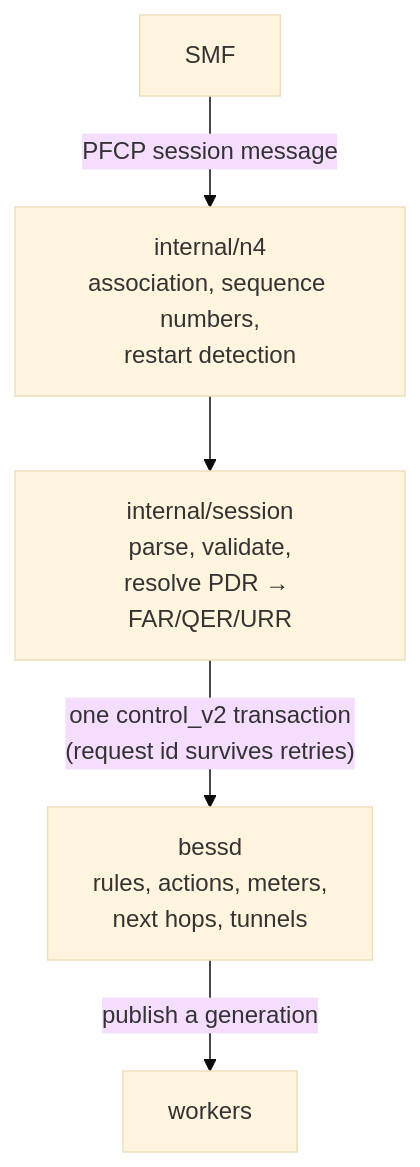
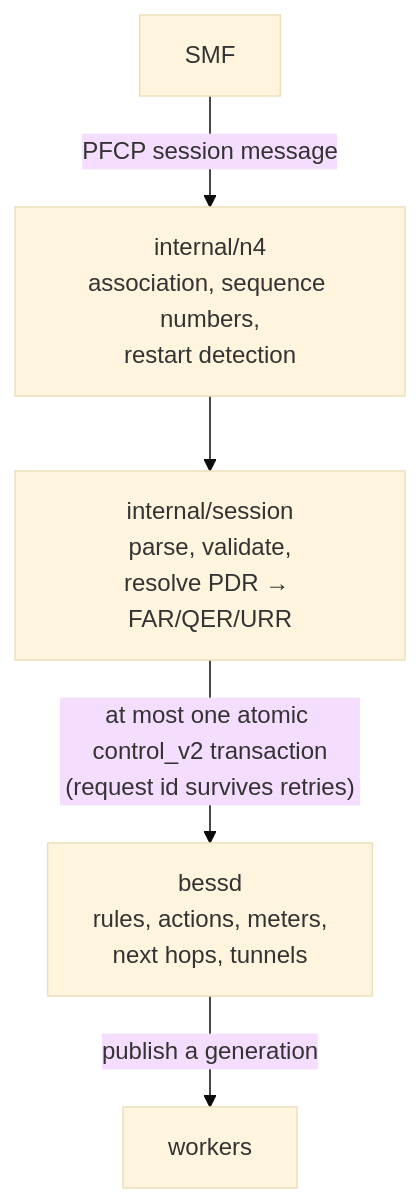
The first of 4 diagrams in docs/design.md (krsna1729/upf), drawn with Mermaid (base theme) before and after one commit. The commit also changed other lines of this file and 23 other files, not shown here.

````diff
--- a/docs/design.md
+++ b/docs/design.md
@@ -36,7 +38,7 @@
 ```mermaid
 flowchart TB
     smf["SMF"] -->|PFCP session message| n4["internal/n4<br/>association, sequence numbers,<br/>restart detection"]
     n4 --> sess["internal/session<br/>parse, validate,<br/>resolve PDR → FAR/QER/URR"]
-    sess -->|"one control_v2 transaction<br/>(request id survives retries)"| bess["bessd<br/>rules, actions, meters,<br/>next hops, tunnels"]
+    sess -->|"at most one atomic control_v2 transaction<br/>(request id survives retries)"| bess["bessd<br/>rules, actions, meters,<br/>next hops, tunnels"]
     bess -->|"publish a generation"| workers["workers"]
 ```
````
